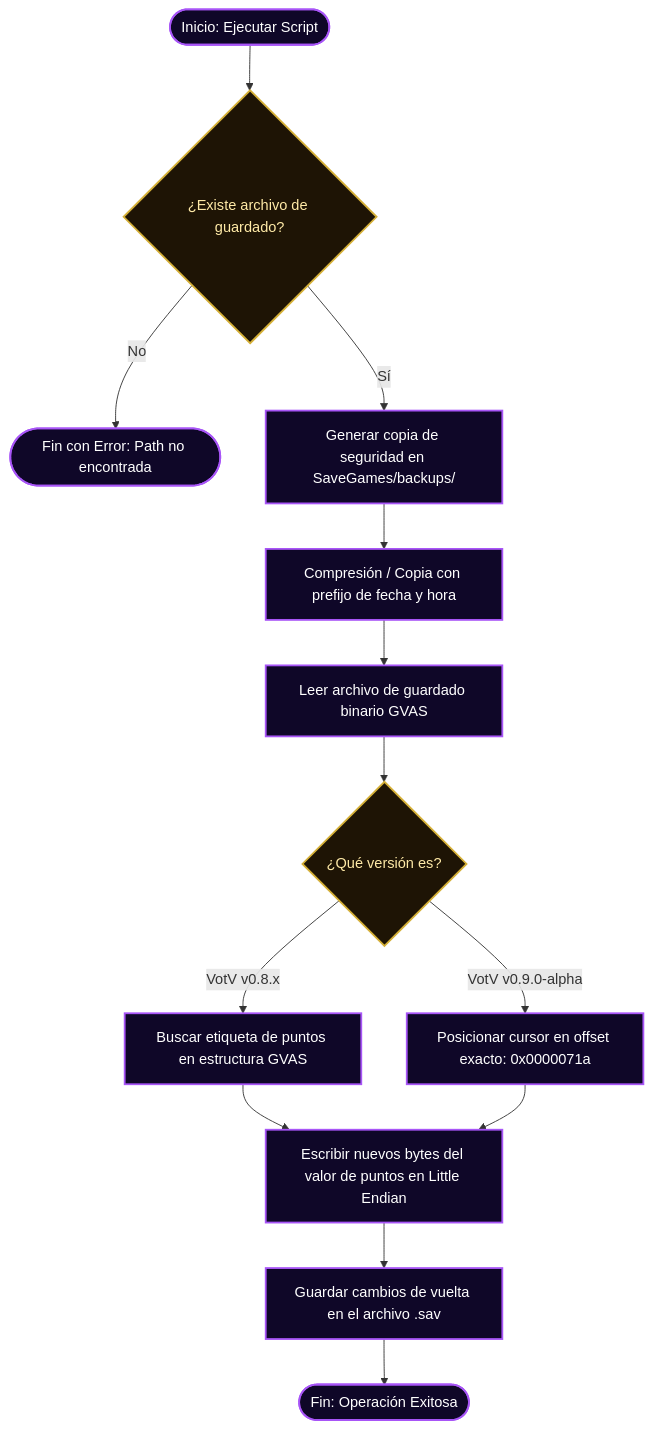
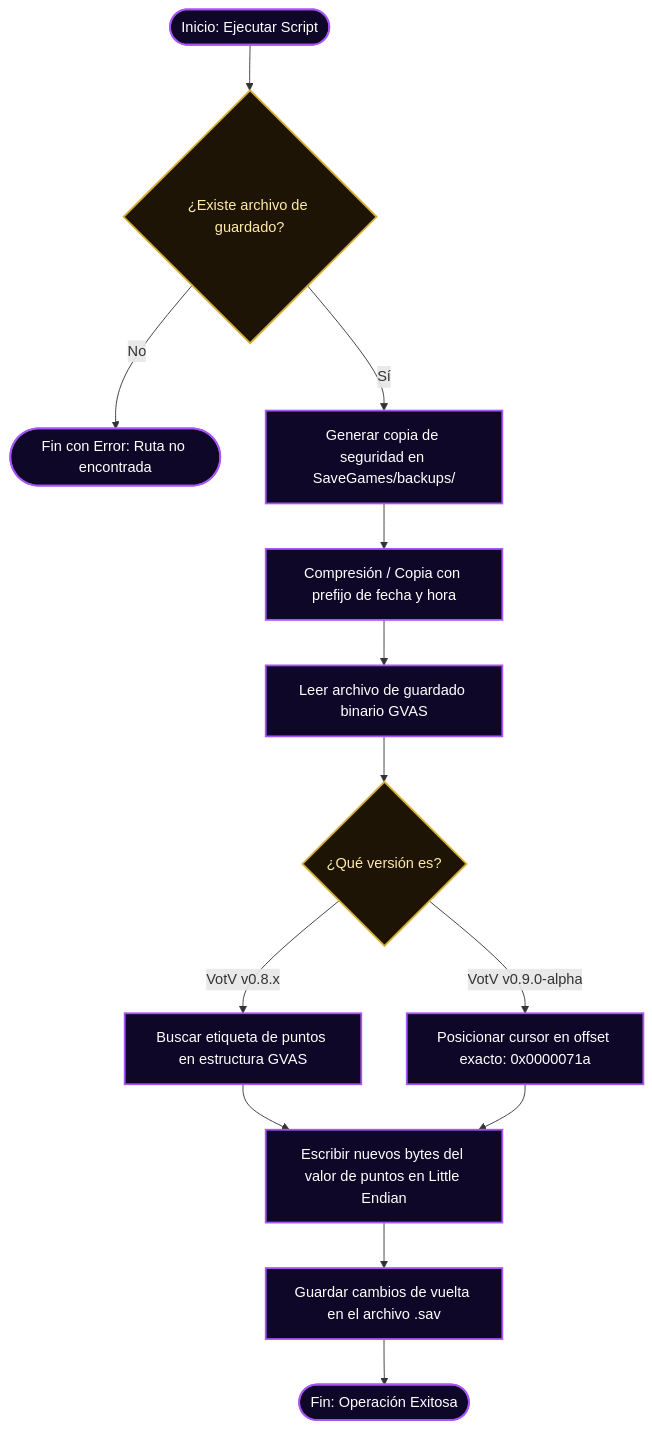
The diagram in README.md (JackStar6677-1/VotV-Points-Editor), drawn with Mermaid before and after one commit. The commit also changed other lines of this file, not shown here.

````diff
--- a/README.md
+++ b/README.md
@@ -15,27 +15,27 @@
 ```mermaid
 graph TD
     classDef default fill:#0f0728,stroke:#a855f7,stroke-width:2px,color:#fff;
     classDef gold fill:#1e1405,stroke:#d4af37,stroke-width:2px,color:#ffeaa7;
 
     Start([Inicio: Ejecutar Script]) --> TargetCheck{¿Existe archivo de guardado?}
     
-    TargetCheck -- No --> ErrorExit([Fin con Error: Path no encontrada])
+    TargetCheck -- No --> ErrorExit([Fin con Error: Ruta no encontrada])
     
     TargetCheck -- Sí --> BackupStep[Generar copia de seguridad en SaveGames/backups/]
     BackupStep --> CompressStep[Compresión / Copia con prefijo de fecha y hora]
     
     CompressStep --> ReadSave[Leer archivo de guardado binario GVAS]
     
     ReadSave --> DetectVersion{¿Qué versión es?}
     
     DetectVersion -- VotV v0.8.x --> SearchKeys[Buscar etiqueta de puntos en estructura GVAS]
     DetectVersion -- VotV v0.9.0-alpha --> SeekOffset[Posicionar cursor en offset exacto: 0x0000071a]
     
     SearchKeys --> WriteBytes[Escribir nuevos bytes del valor de puntos en Little Endian]
     SeekOffset --> WriteBytes
     
     WriteBytes --> ConfirmWrite[Guardar cambios de vuelta en el archivo .sav]
     ConfirmWrite --> SuccessExit([Fin: Operación Exitosa])
 
     class TargetCheck,DetectVersion gold;
 ```
````
